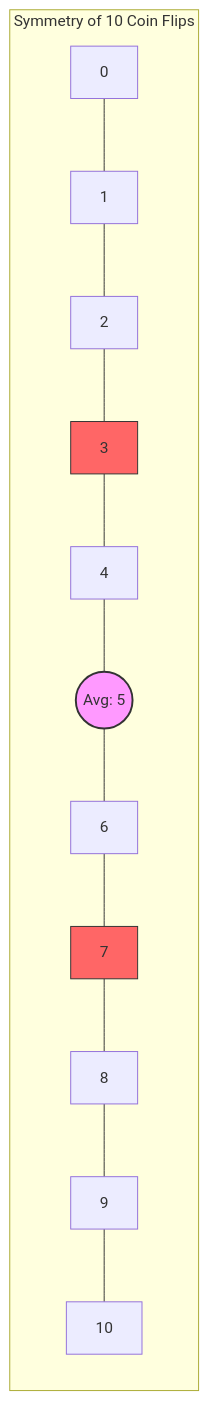
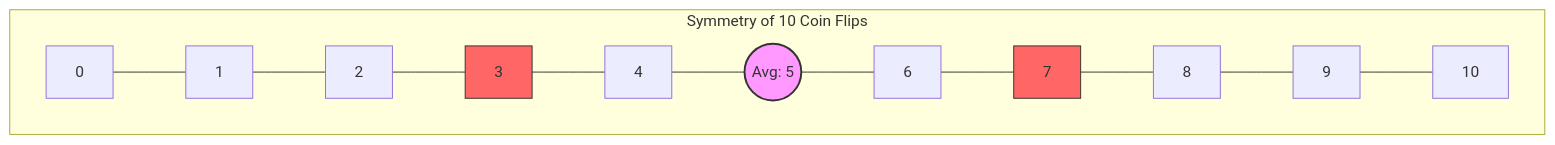
The first of 2 diagrams in src/understanding-the-p-value.md (rtodea/weblog), drawn with Mermaid before and after one commit. The commit also changed other lines of this file, not shown here.

````diff
--- a/src/understanding-the-p-value.md
+++ b/src/understanding-the-p-value.md
@@ -279,9 +284,9 @@
 ```mermaid
-graph LR
+graph TD
     subgraph "Symmetry of 10 Coin Flips"
     0[0] --- 1[1] --- 2[2] --- 3[3] --- 4[4] --- 5((Avg: 5)) --- 6[6] --- 7[7] --- 8[8] --- 9[9] --- 10[10]
     end
     style 5 fill:#f9f,stroke:#333,stroke-width:2px
     style 3 fill:#f66,stroke:#333
     style 7 fill:#f66,stroke:#333
 ```
````
